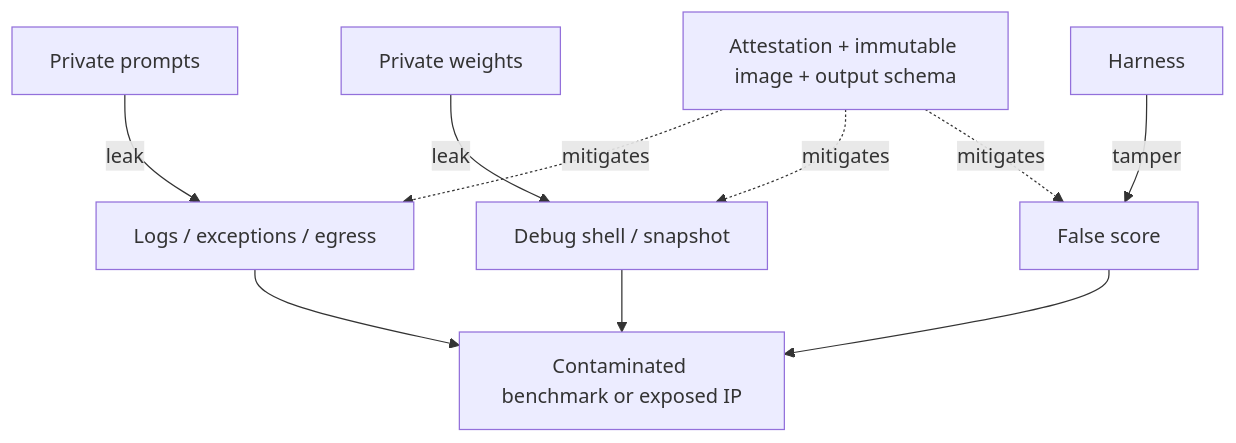
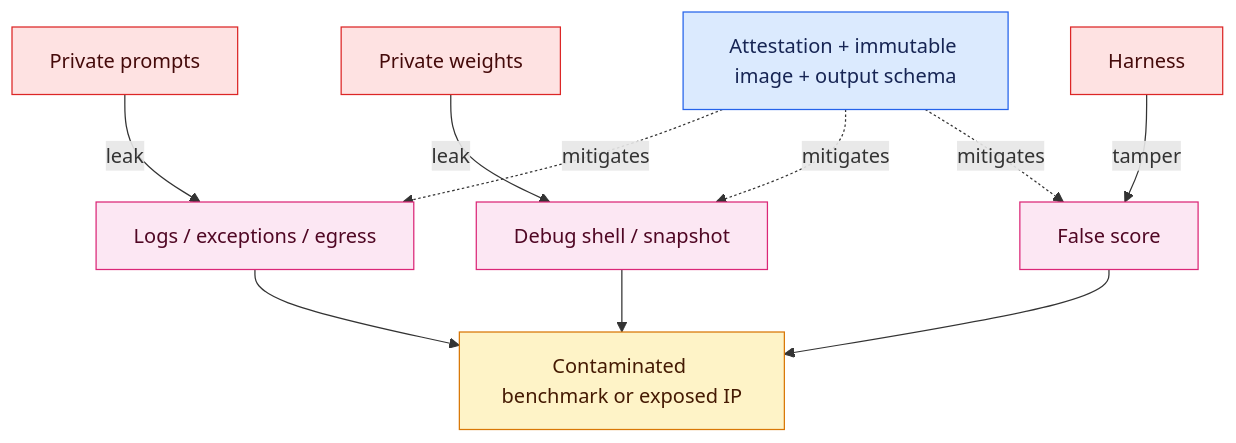
Before and after one commit to souradeepta/ai-monthly-concepts: the second of 2 diagrams in months/2026-08/01-double-blind-evals.md, drawn with Mermaid. The commit also changed other lines of this file and 3 other files, not shown here.

````diff
--- a/months/2026-08/01-double-blind-evals.md
+++ b/months/2026-08/01-double-blind-evals.md
@@ -131,12 +161,20 @@
 ```mermaid
 flowchart TD
   P[Private prompts] -->|leak| L[Logs / exceptions / egress]
   W[Private weights] -->|leak| D[Debug shell / snapshot]
   H[Harness] -->|tamper| F[False score]
   L --> O[Contaminated benchmark or exposed IP]
   D --> O
   F --> O
   A[Attestation + immutable image + output schema] -. mitigates .-> L
   A -. mitigates .-> D
   A -. mitigates .-> F
+  classDef secret fill:#fee2e2,stroke:#dc2626,color:#450a0a
+  classDef threat fill:#fce7f3,stroke:#db2777,color:#500724
+  classDef control fill:#dbeafe,stroke:#2563eb,color:#172554
+  classDef impact fill:#fef3c7,stroke:#d97706,color:#451a03
+  class P,W,H secret
+  class L,D,F threat
+  class A control
+  class O impact
 ```
````
